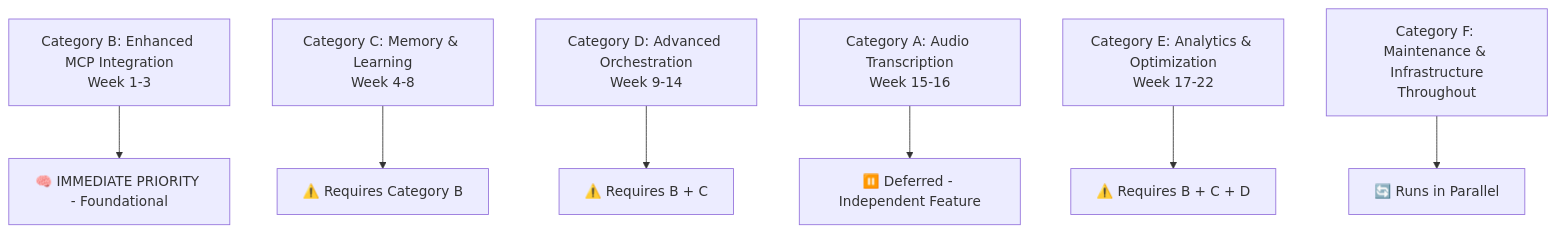
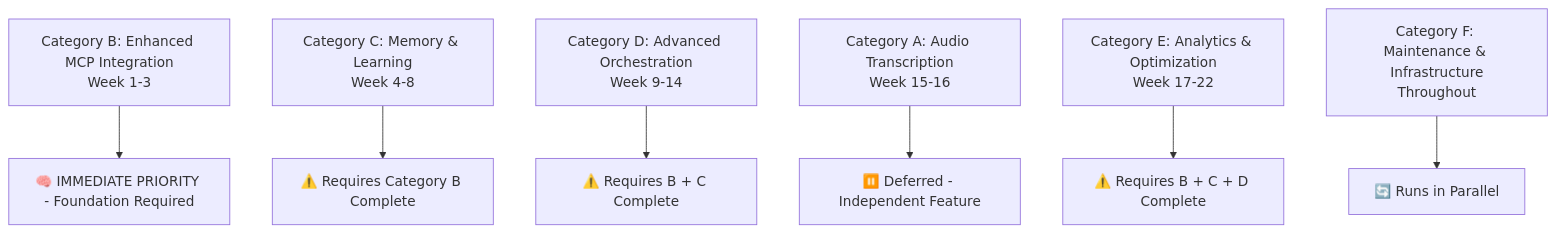
One commit to joelfuller2016/FLUJO changed the diagram in PROJECT_PLAN.md. Above: the diagram before and after it, drawn with Mermaid. The commit also changed other lines of this file, not shown here.

````diff
--- a/PROJECT_PLAN.md
+++ b/PROJECT_PLAN.md
@@ -21,9 +36,9 @@
 ```mermaid
 graph TD
-    B[Category B: Enhanced MCP Integration<br/>Week 1-3] --> B_PRIORITY[🧠 IMMEDIATE PRIORITY - Foundational]
-    C[Category C: Memory & Learning<br/>Week 4-8] --> C_DEPENDS[⚠️ Requires Category B]
-    D[Category D: Advanced Orchestration<br/>Week 9-14] --> D_DEPENDS[⚠️ Requires B + C]
+    B[Category B: Enhanced MCP Integration<br/>Week 1-3] --> B_PRIORITY[🧠 IMMEDIATE PRIORITY - Foundation Required]
+    C[Category C: Memory & Learning<br/>Week 4-8] --> C_DEPENDS[⚠️ Requires Category B Complete]
+    D[Category D: Advanced Orchestration<br/>Week 9-14] --> D_DEPENDS[⚠️ Requires B + C Complete]
     A[Category A: Audio Transcription<br/>Week 15-16] --> A_DEFERRED[⏸️ Deferred - Independent Feature]
-    E[Category E: Analytics & Optimization<br/>Week 17-22] --> E_DEPENDS[⚠️ Requires B + C + D]
+    E[Category E: Analytics & Optimization<br/>Week 17-22] --> E_DEPENDS[⚠️ Requires B + C + D Complete]
     F[Category F: Maintenance & Infrastructure<br/>Throughout] --> F_PARALLEL[🔄 Runs in Parallel]
 ```
````
